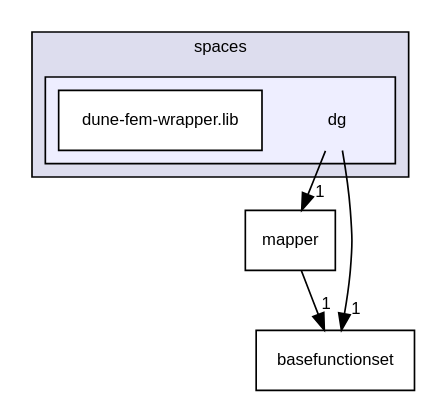
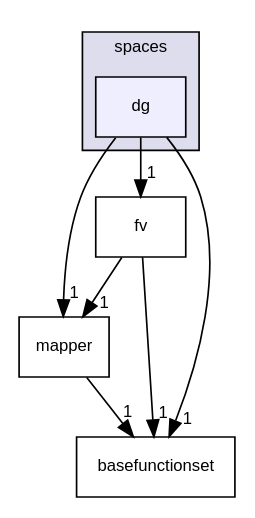
The diagram in docs/dune-gdt/master/dir_65a4c0ae52146272d3e79ba17c156cf7_dep.dot (dune-community/dune-community.github.io), drawn with Graphviz before and after one commit. The commit also changed 3928 other files, not shown here.

```diff
--- a/docs/dune-gdt/master/dir_65a4c0ae52146272d3e79ba17c156cf7_dep.dot
+++ b/docs/dune-gdt/master/dir_65a4c0ae52146272d3e79ba17c156cf7_dep.dot
@@ -1,18 +1,18 @@
 digraph "dg" {
   compound=true
   node [ fontsize="10", fontname="Helvetica"];
   edge [ labelfontsize="10", labelfontname="Helvetica"];
   subgraph clusterdir_43d0cc378a1b7044a9ebea179385123e {
     graph [ bgcolor="#ddddee", pencolor="black", label="spaces" fontname="Helvetica", fontsize="10", URL="dir_43d0cc378a1b7044a9ebea179385123e.html"]
-  subgraph clusterdir_65a4c0ae52146272d3e79ba17c156cf7 {
-    graph [ bgcolor="#eeeeff", pencolor="black", label="" URL="dir_65a4c0ae52146272d3e79ba17c156cf7.html"];
-    dir_65a4c0ae52146272d3e79ba17c156cf7 [shape=plaintext label="dg"];
-    dir_f994cb2863d9b1bb7b6d96a4a3303969 [shape=box label="dune-fem-wrapper.lib" color="black" fillcolor="white" style="filled" URL="dir_f994cb2863d9b1bb7b6d96a4a3303969.html"];
+  dir_65a4c0ae52146272d3e79ba17c156cf7 [shape=box, label="dg", style="filled", fillcolor="#eeeeff", pencolor="black", URL="dir_65a4c0ae52146272d3e79ba17c156cf7.html"];
   }
-  }
+  dir_7a28e360d679498cecdfff85df55ba04 [shape=box label="fv" URL="dir_7a28e360d679498cecdfff85df55ba04.html"];
   dir_8ffeda8956c8f3fe760ec61ab5caadd9 [shape=box label="mapper" URL="dir_8ffeda8956c8f3fe760ec61ab5caadd9.html"];
   dir_dc997fc843822e71a488a6abc4208a36 [shape=box label="basefunctionset" URL="dir_dc997fc843822e71a488a6abc4208a36.html"];
-  dir_8ffeda8956c8f3fe760ec61ab5caadd9->dir_dc997fc843822e71a488a6abc4208a36 [headlabel="1", labeldistance=1.5 headhref="dir_000030_000029.html"];
-  dir_65a4c0ae52146272d3e79ba17c156cf7->dir_8ffeda8956c8f3fe760ec61ab5caadd9 [headlabel="1", labeldistance=1.5 headhref="dir_000010_000030.html"];
-  dir_65a4c0ae52146272d3e79ba17c156cf7->dir_dc997fc843822e71a488a6abc4208a36 [headlabel="1", labeldistance=1.5 headhref="dir_000010_000029.html"];
+  dir_7a28e360d679498cecdfff85df55ba04->dir_8ffeda8956c8f3fe760ec61ab5caadd9 [headlabel="1", labeldistance=1.5 headhref="dir_000026_000027.html"];
+  dir_7a28e360d679498cecdfff85df55ba04->dir_dc997fc843822e71a488a6abc4208a36 [headlabel="1", labeldistance=1.5 headhref="dir_000026_000023.html"];
+  dir_8ffeda8956c8f3fe760ec61ab5caadd9->dir_dc997fc843822e71a488a6abc4208a36 [headlabel="1", labeldistance=1.5 headhref="dir_000027_000023.html"];
+  dir_65a4c0ae52146272d3e79ba17c156cf7->dir_7a28e360d679498cecdfff85df55ba04 [headlabel="1", labeldistance=1.5 headhref="dir_000025_000026.html"];
+  dir_65a4c0ae52146272d3e79ba17c156cf7->dir_8ffeda8956c8f3fe760ec61ab5caadd9 [headlabel="1", labeldistance=1.5 headhref="dir_000025_000027.html"];
+  dir_65a4c0ae52146272d3e79ba17c156cf7->dir_dc997fc843822e71a488a6abc4208a36 [headlabel="1", labeldistance=1.5 headhref="dir_000025_000023.html"];
 }
```
